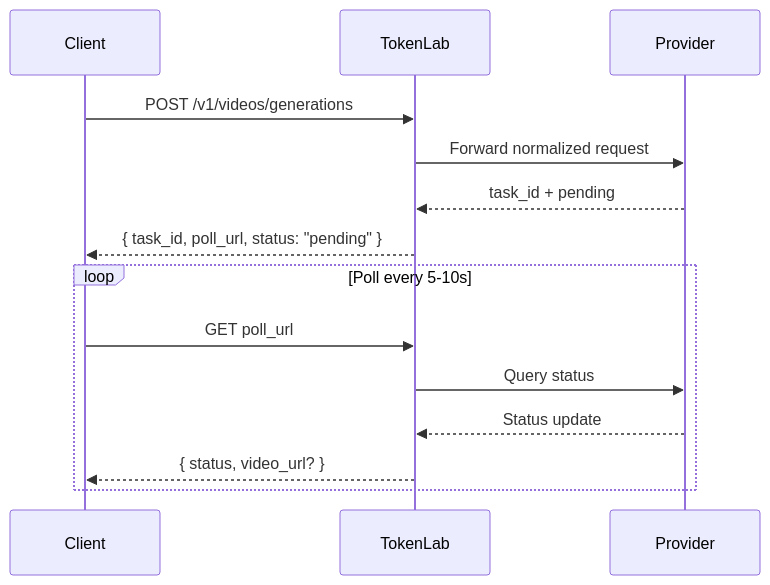
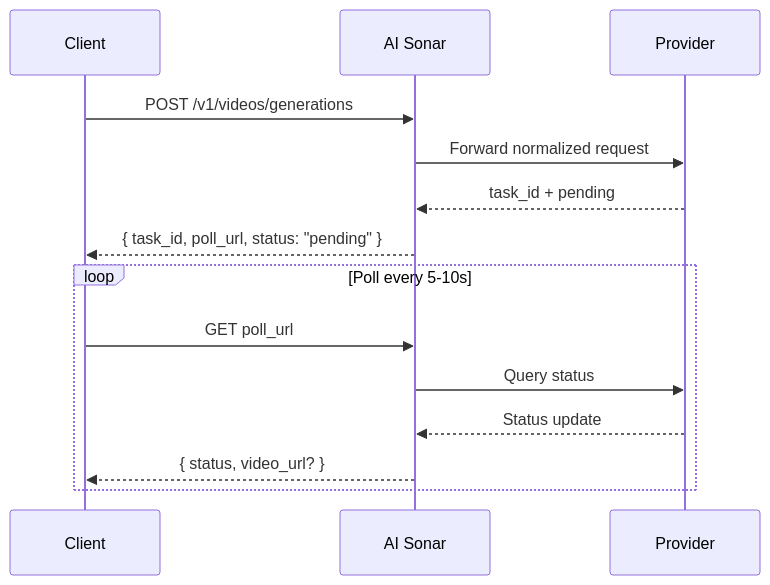
Before and after one commit to hedging8563/aisonar-docs: the diagram in guides/video-generation.mdx, drawn with Mermaid. The commit also changed other lines of this file and 1036 other files, not shown here.

````diff
--- a/guides/video-generation.mdx
+++ b/guides/video-generation.mdx
@@ -24,18 +24,18 @@
 ```mermaid
 sequenceDiagram
     participant Client
-    participant TokenLab
+    participant AI Sonar
     participant Provider
 
-    Client->>TokenLab: POST /v1/videos/generations
-    TokenLab->>Provider: Forward normalized request
-    Provider-->>TokenLab: task_id + pending
-    TokenLab-->>Client: { task_id, poll_url, status: "pending" }
+    Client->>AI Sonar: POST /v1/videos/generations
+    AI Sonar->>Provider: Forward normalized request
+    Provider-->>AI Sonar: task_id + pending
+    AI Sonar-->>Client: { task_id, poll_url, status: "pending" }
 
     loop Poll every 5-10s
-        Client->>TokenLab: GET poll_url
-        TokenLab->>Provider: Query status
-        Provider-->>TokenLab: Status update
-        TokenLab-->>Client: { status, video_url? }
+        Client->>AI Sonar: GET poll_url
+        AI Sonar->>Provider: Query status
+        Provider-->>AI Sonar: Status update
+        AI Sonar-->>Client: { status, video_url? }
     end
 ```
````
